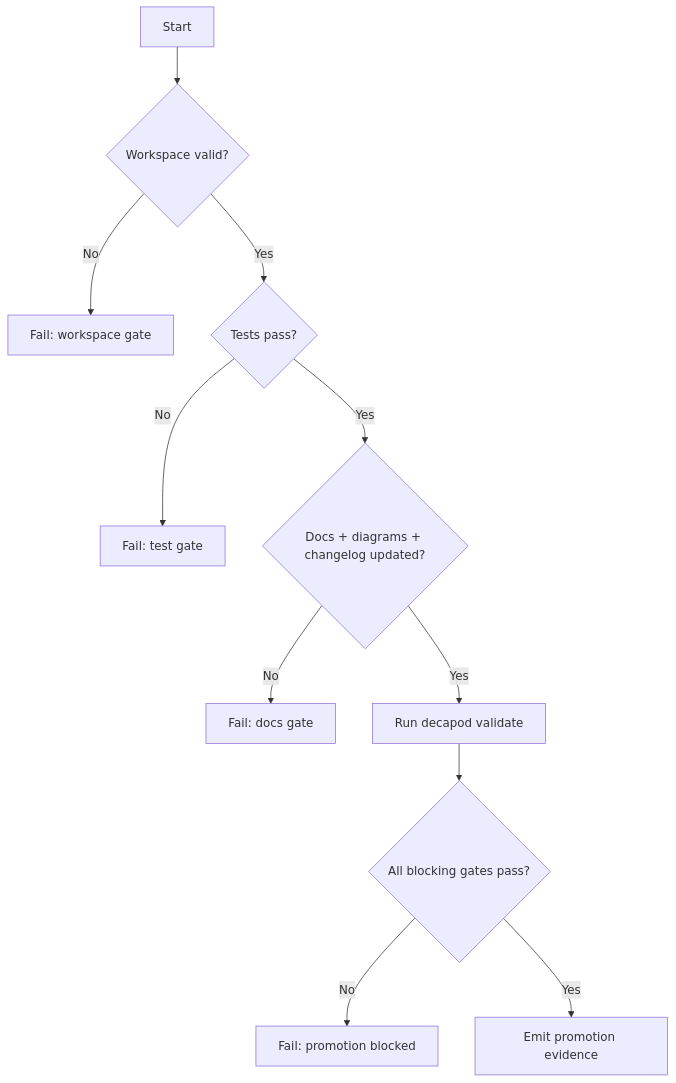
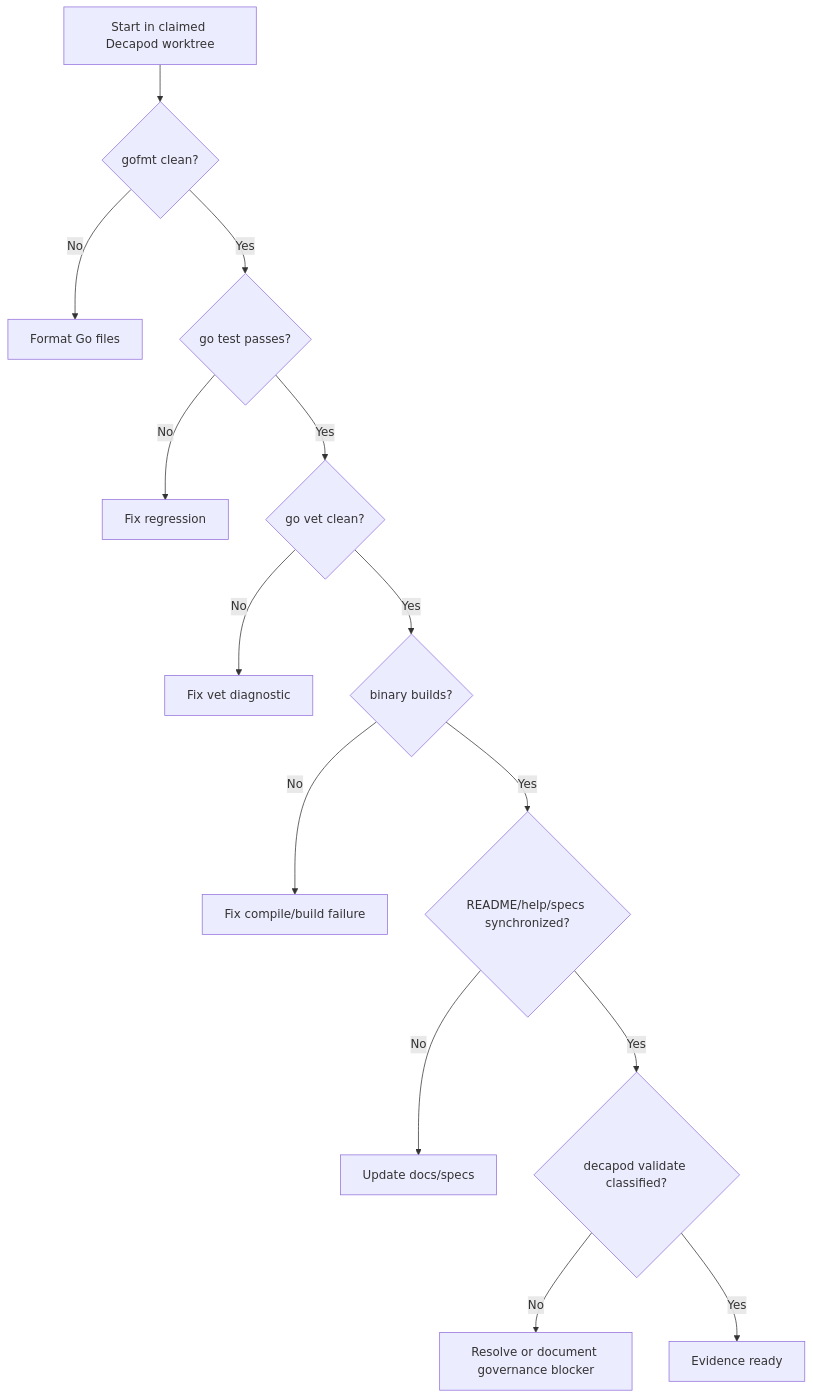
One commit to alexhraber/builddeck changed the diagram in .decapod/generated/specs/VALIDATION.md. Above: the diagram before and after it, drawn with Mermaid. The commit also changed other lines of this file and 9 other files, not shown here.

````diff
--- a/.decapod/generated/specs/VALIDATION.md
+++ b/.decapod/generated/specs/VALIDATION.md
@@ -28,13 +32,16 @@
 ```mermaid
 flowchart TD
-  S[Start] --> W{Workspace valid?}
-  W -->|No| F1[Fail: workspace gate]
-  W -->|Yes| T{Tests pass?}
-  T -->|No| F2[Fail: test gate]
-  T -->|Yes| D{Docs + diagrams + changelog updated?}
-  D -->|No| F3[Fail: docs gate]
-  D -->|Yes| V[Run decapod validate]
-  V --> P{All blocking gates pass?}
-  P -->|No| F4[Fail: promotion blocked]
-  P -->|Yes| E[Emit promotion evidence]
+  S[Start in claimed Decapod worktree] --> F{gofmt clean?}
+  F -->|No| FF[Format Go files]
+  F -->|Yes| T{go test passes?}
+  T -->|No| TF[Fix regression]
+  T -->|Yes| V{go vet clean?}
+  V -->|No| VF[Fix vet diagnostic]
+  V -->|Yes| B{binary builds?}
+  B -->|No| BF[Fix compile/build failure]
+  B -->|Yes| D{README/help/specs synchronized?}
+  D -->|No| DF[Update docs/specs]
+  D -->|Yes| P{decapod validate classified?}
+  P -->|No| PF[Resolve or document governance blocker]
+  P -->|Yes| E[Evidence ready]
 ```
````
